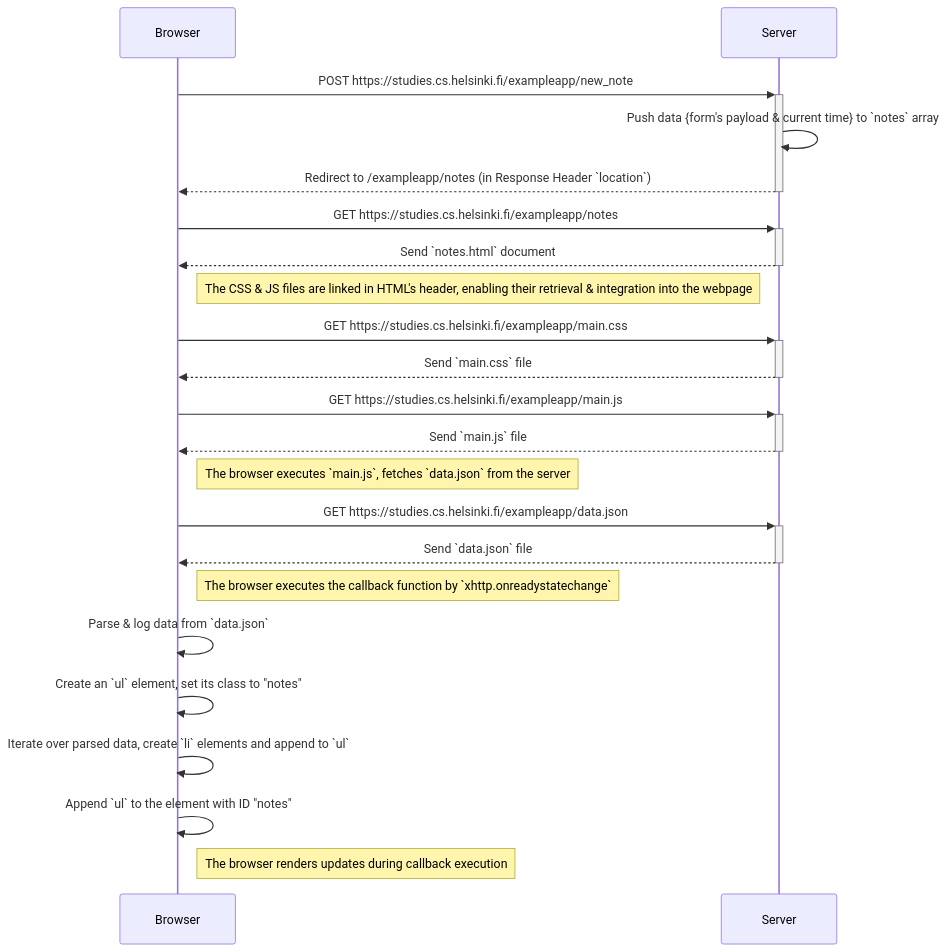
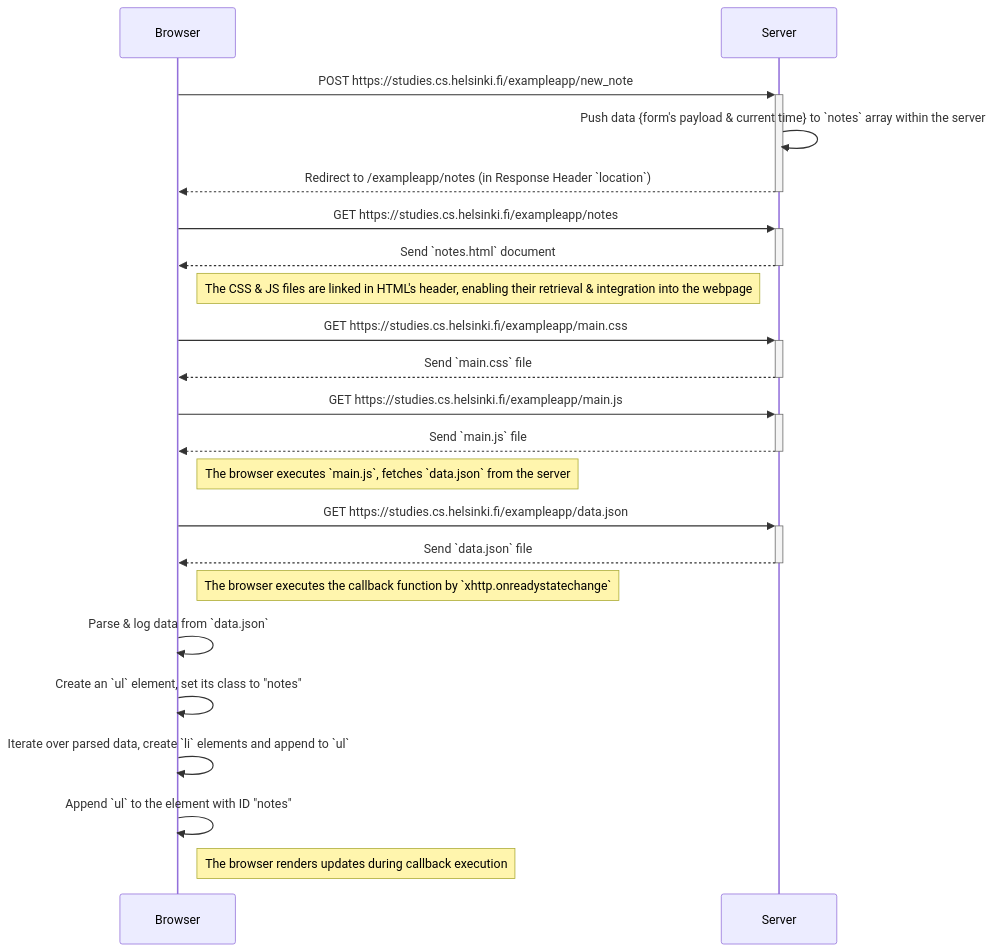
Before and after one commit to ricky-kiva/fs-web-fundamentals-fso: the diagram in 0.4/user_create_note.md, drawn with Mermaid.

Commit message:
feat(0.4): add explanation on `notes` array

````diff
--- a/0.4/user_create_note.md
+++ b/0.4/user_create_note.md
@@ -1,30 +1,30 @@
 ``` mermaid
 sequenceDiagram
   participant browser as Browser 
   participant server as Server
 
   browser ->>+ server: POST https://studies.cs.helsinki.fi/exampleapp/new_note
-  server ->> server: Push data {form's payload & current time} to `notes` array
+  server ->> server: Push data {form's payload & current time} to `notes` array within the server
   server -->>- browser: Redirect to /exampleapp/notes (in Response Header `location`)
 
   browser ->>+ server: GET https://studies.cs.helsinki.fi/exampleapp/notes
   server -->>- browser: Send `notes.html` document
   Note right of browser: The CSS & JS files are linked in HTML's header, enabling their retrieval & integration into the webpage
 
   browser ->>+ server: GET https://studies.cs.helsinki.fi/exampleapp/main.css
   server -->>- browser: Send `main.css` file
 
   browser ->>+ server: GET https://studies.cs.helsinki.fi/exampleapp/main.js
   server -->>- browser: Send `main.js` file
   Note right of browser: The browser executes `main.js`, fetches `data.json` from the server
 
   browser ->>+ server: GET https://studies.cs.helsinki.fi/exampleapp/data.json
   server -->>- browser: Send `data.json` file
   Note right of browser: The browser executes the callback function by `xhttp.onreadystatechange`
 
   browser ->> browser: Parse & log data from `data.json`
   browser ->> browser: Create an `ul` element, set its class to "notes"
   browser ->> browser: Iterate over parsed data, create `li` elements and append to `ul`
   browser ->> browser: Append `ul` to the element with ID "notes"
   Note right of browser: The browser renders updates during callback execution
 ```
````
